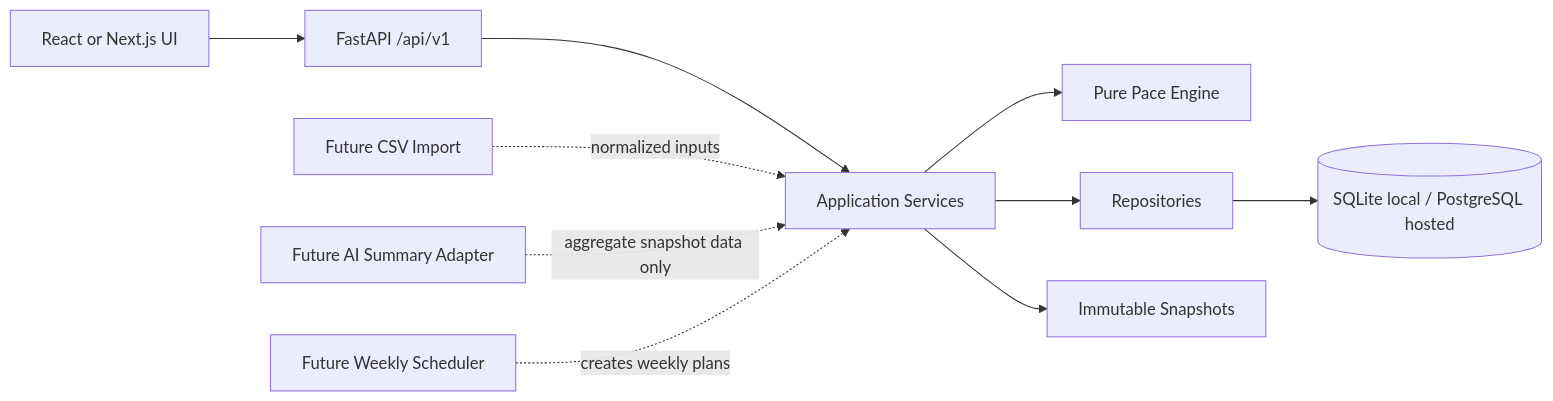
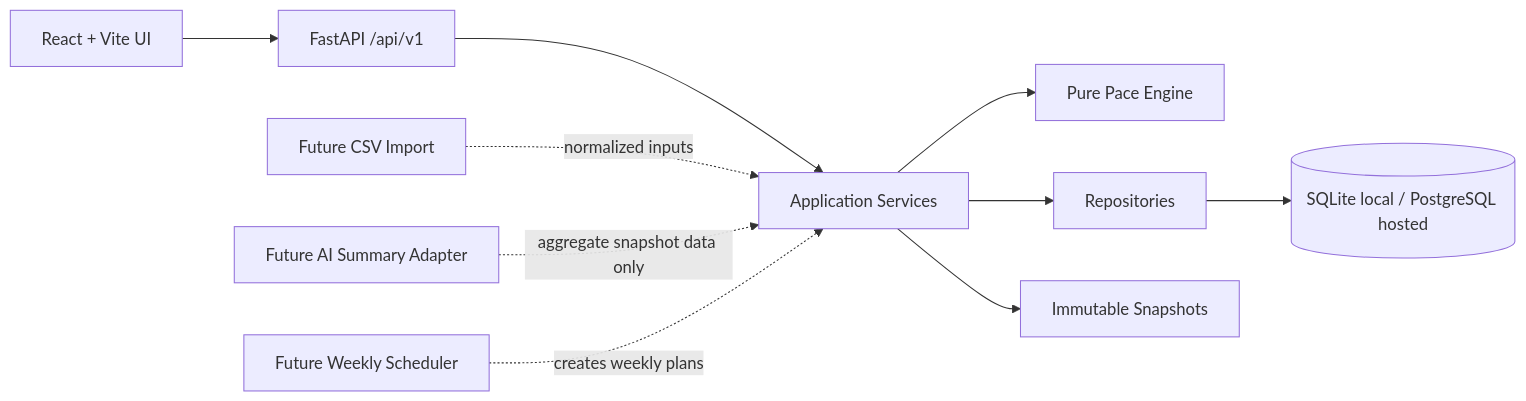
One commit to NatiSeifu/goal-wise changed the diagram in docs/architecture-decision-process.md. Above: the diagram before and after it, drawn with Mermaid. The commit also changed other lines of this file and 23 other files, not shown here.

Commit message:
docs: add architecture decisions and MVP specs

````diff
--- a/docs/architecture-decision-process.md
+++ b/docs/architecture-decision-process.md
@@ -94,13 +96,13 @@
 ```mermaid
 flowchart LR
-    UI[React or Next.js UI] --> API[FastAPI /api/v1]
+    UI[React + Vite UI] --> API[FastAPI /api/v1]
     API --> Services[Application Services]
     Services --> Engine[Pure Pace Engine]
     Services --> Repos[Repositories]
     Repos --> DB[(SQLite local / PostgreSQL hosted)]
     Services --> Snapshots[Immutable Snapshots]
 
     FutureCSV[Future CSV Import] -. normalized inputs .-> Services
     FutureAI[Future AI Summary Adapter] -. aggregate snapshot data only .-> Services
     FutureScheduler[Future Weekly Scheduler] -. creates weekly plans .-> Services
 ```
````
